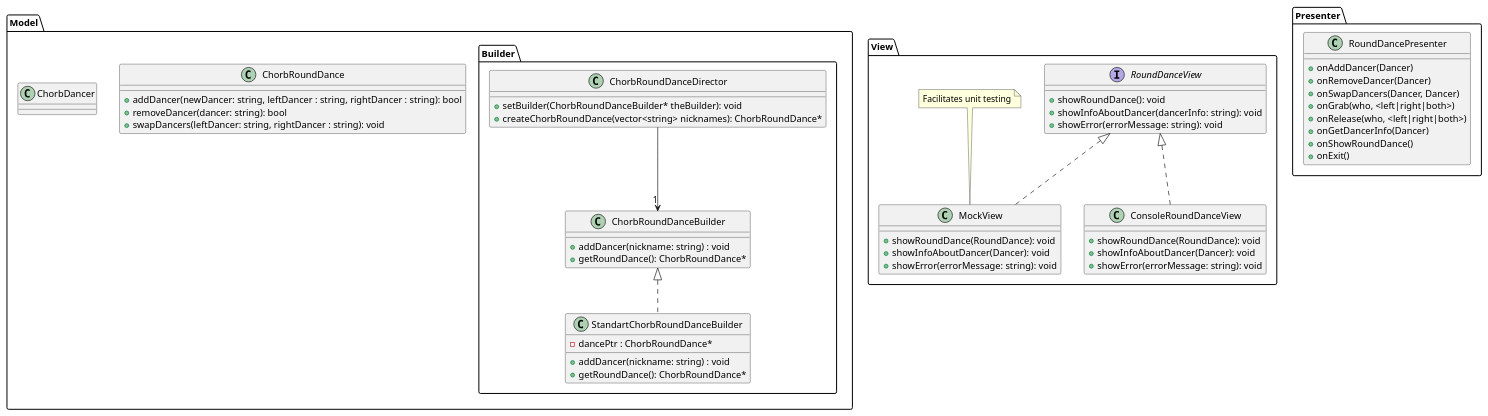
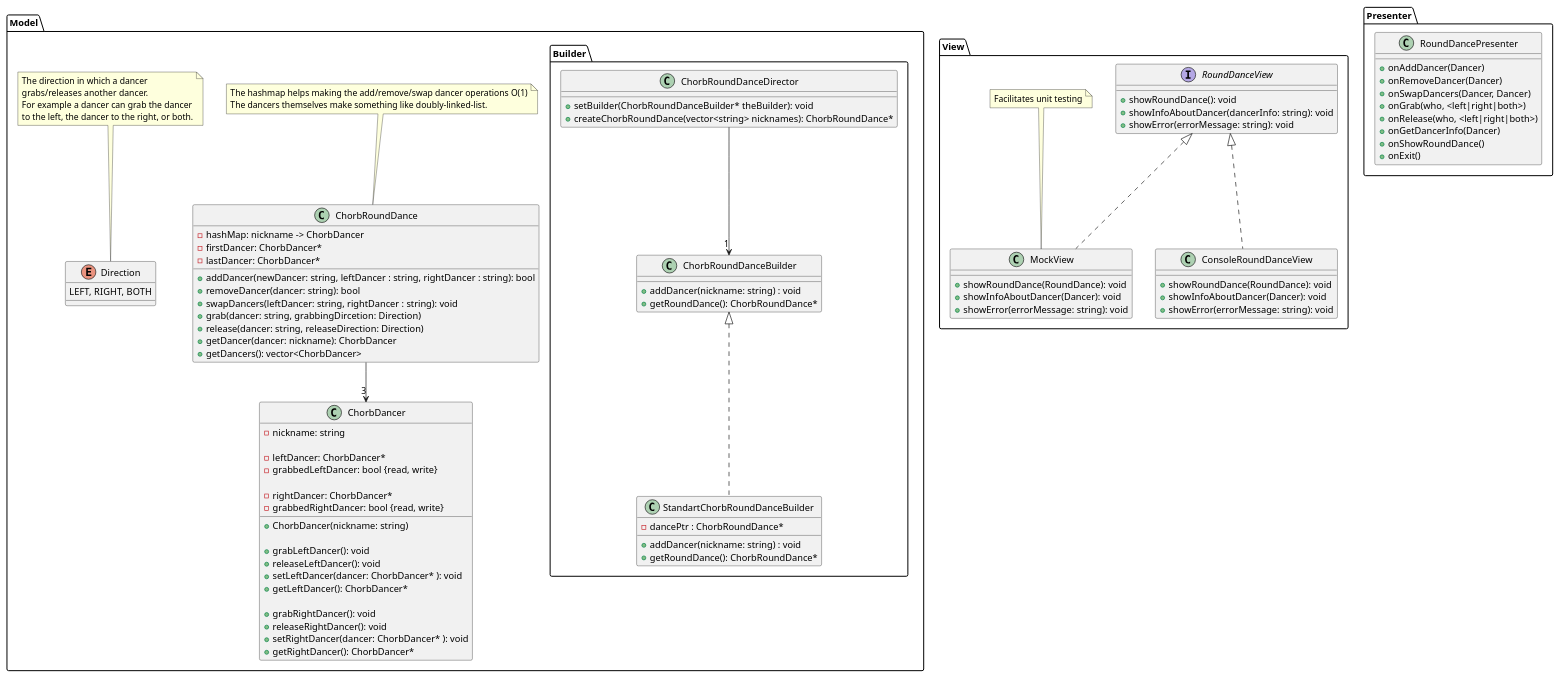
The diagram in class_diagram.plantuml (segoranov/round_dance), drawn with PlantUML before and after one commit. The commit also changed 1 other file, not shown here.

Commit message:
Add details to uml class diagram

```diff
--- a/class_diagram.plantuml
+++ b/class_diagram.plantuml
@@ -1,75 +1,118 @@
 @startuml
 package Model {
 
   class ChorbRoundDance{
+    - hashMap: nickname -> ChorbDancer
+    - firstDancer: ChorbDancer*
+    - lastDancer: ChorbDancer*
     + addDancer(newDancer: string, leftDancer : string, rightDancer : string): bool
     + removeDancer(dancer: string): bool
     + swapDancers(leftDancer: string, rightDancer : string): void
+    + grab(dancer: string, grabbingDircetion: Direction)
+    + release(dancer: string, releaseDirection: Direction)
+    + getDancer(dancer: nickname): ChorbDancer
+    + getDancers(): vector<ChorbDancer>
   }
 
+  ChorbRoundDance --> "3" ChorbDancer
+
+  note top of ChorbRoundDance
+  The hashmap helps making the add/remove/swap dancer operations O(1)
+  The dancers themselves make something like doubly-linked-list.
+  end note
+
+  enum Direction {
+    LEFT, RIGHT, BOTH
+  }
+
+  note top of Direction
+    The direction in which a dancer
+    grabs/releases another dancer.
+    For example a dancer can grab the dancer
+    to the left, the dancer to the right, or both.
+  end note
+
   class ChorbDancer{
+    - nickname: string
 
+    - leftDancer: ChorbDancer*
+    - grabbedLeftDancer: bool {read, write}
+
+    - rightDancer: ChorbDancer*
+    - grabbedRightDancer: bool {read, write}
+
+    + ChorbDancer(nickname: string)
+
+    + grabLeftDancer(): void
+    + releaseLeftDancer(): void
+    + setLeftDancer(dancer: ChorbDancer* ): void
+    + getLeftDancer(): ChorbDancer*
+
+    + grabRightDancer(): void
+    + releaseRightDancer(): void
+    + setRightDancer(dancer: ChorbDancer* ): void
+    + getRightDancer(): ChorbDancer*
   }
 
   package Builder {
 
     class ChorbRoundDanceBuilder {
       + addDancer(nickname: string) : void
       + getRoundDance(): ChorbRoundDance*
     }
 
     class StandartChorbRoundDanceBuilder implements ChorbRoundDanceBuilder {
       - dancePtr : ChorbRoundDance*
       + addDancer(nickname: string) : void
       + getRoundDance(): ChorbRoundDance*
     }
 
     class ChorbRoundDanceDirector {
       + setBuilder(ChorbRoundDanceBuilder* theBuilder): void
       + createChorbRoundDance(vector<string> nicknames): ChorbRoundDance*
     }
 
     ChorbRoundDanceDirector --> "1" ChorbRoundDanceBuilder
 
   }
 
 }
 
 package View {
 
   interface RoundDanceView {
     + showRoundDance(): void
     + showInfoAboutDancer(dancerInfo: string): void
     + showError(errorMessage: string): void
   }
 
   class ConsoleRoundDanceView implements RoundDanceView {
     + showRoundDance(RoundDance): void
     + showInfoAboutDancer(Dancer): void
     + showError(errorMessage: string): void
   }
 
   class MockView implements RoundDanceView {
     + showRoundDance(RoundDance): void
     + showInfoAboutDancer(Dancer): void
     + showError(errorMessage: string): void
   }
 
   note top of MockView: Facilitates unit testing
 
 }
 
 package Presenter {
   class RoundDancePresenter {
     + onAddDancer(Dancer)
     + onRemoveDancer(Dancer)
     + onSwapDancers(Dancer, Dancer)
     + onGrab(who, <left|right|both>)
     + onRelease(who, <left|right|both>)
     + onGetDancerInfo(Dancer)
     + onShowRoundDance()
     + onExit()
   }
 
 }
 @enduml
```
